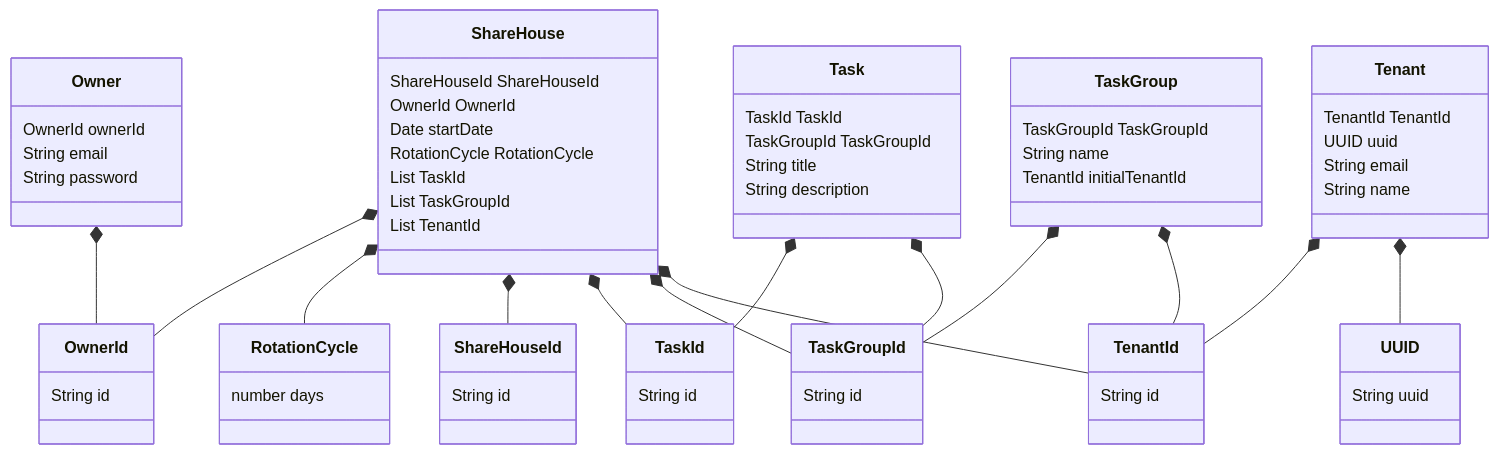
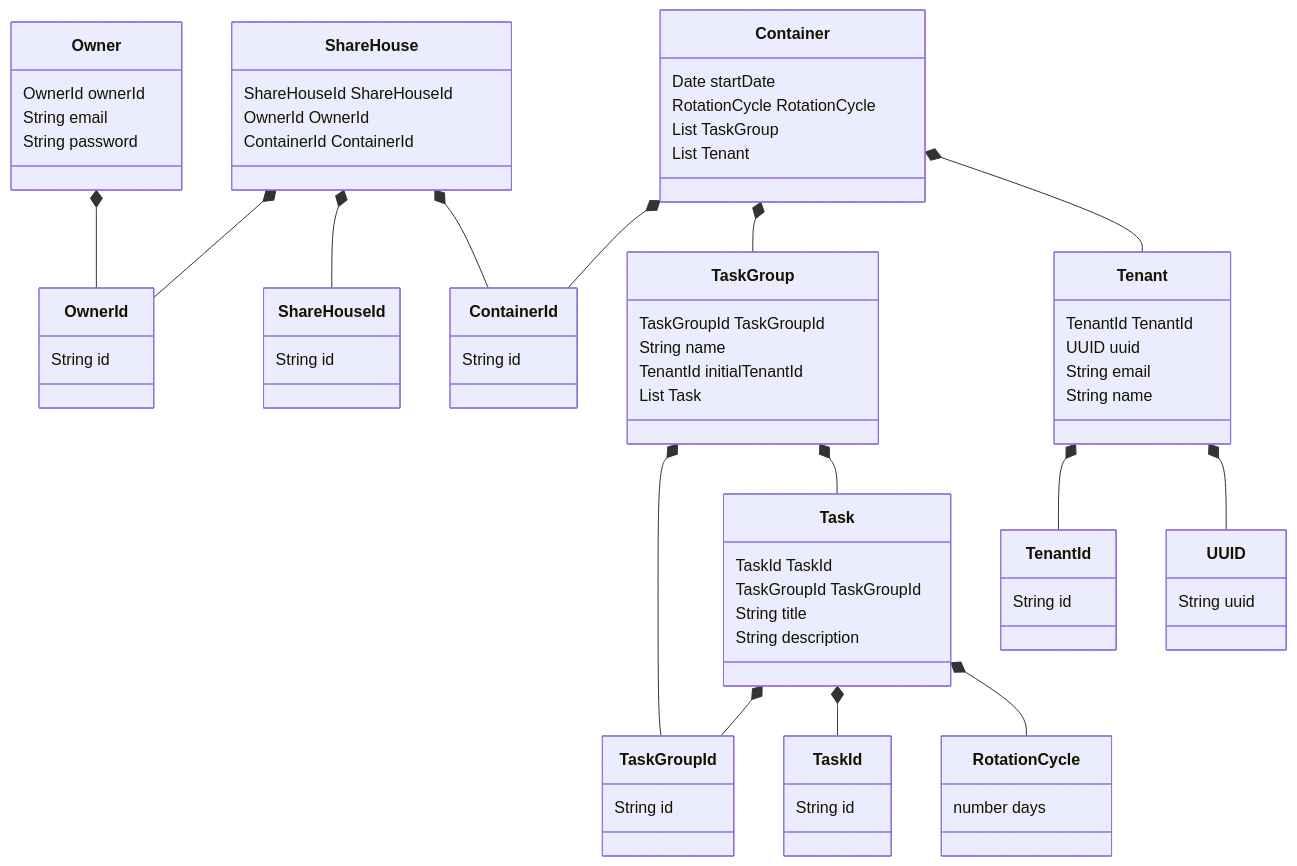
One commit to Tascurator/tascurator-documents changed the diagram in modeling.md. Above: the diagram before and after it, drawn with Mermaid.

Commit message:
docs: introduce Container class for encapsulation

````diff
--- a/modeling.md
+++ b/modeling.md
@@ -13,11 +13,18 @@
     class ShareHouse {
         ShareHouseId ShareHouseId
         OwnerId OwnerId
+        ContainerId ContainerId
+    }
+    
+    class Container {
         Date startDate
         RotationCycle RotationCycle
-        List TaskId
-        List TaskGroupId
-        List TenantId
+        List TaskGroup
+        List Tenant
+    }
+    
+    class ContainerId {
+        String id
     }
 
     class RotationCycle {
@@ -25,6 +32,17 @@
     }
 
     class ShareHouseId {
+        String id
+    }
+
+    class TaskGroup {
+        TaskGroupId TaskGroupId
+        String name
+        TenantId initialTenantId
+        List Task
+    }
+
+    class TaskGroupId {
         String id
     }
 
@@ -36,16 +54,6 @@
     }
     
     class TaskId {
-        String id
-    }
-
-    class TaskGroup {
-        TaskGroupId TaskGroupId
-        String name
-        TenantId initialTenantId
-    }
-    
-    class TaskGroupId {
         String id
     }
 
@@ -66,15 +74,16 @@
 
     Owner *-- OwnerId
     ShareHouse *-- OwnerId
-    ShareHouse *-- RotationCycle
     ShareHouse *-- ShareHouseId
-    ShareHouse *-- TaskId
+    ShareHouse *-- ContainerId
+    Container *-- ContainerId
+    Container *-- TaskGroup
+    TaskGroup *-- TaskGroupId
+    Container *-- Tenant
+    TaskGroup *-- Task
+    Task *-- TaskGroupId
     Task *-- TaskId
-    TaskGroup *-- TaskGroupId
-    Task *-- TaskGroupId
-    ShareHouse *-- TaskGroupId
+    Task *-- RotationCycle
     Tenant *-- TenantId
-    TaskGroup *-- TenantId
-    ShareHouse *-- TenantId
     Tenant *-- UUID
 ```
````
